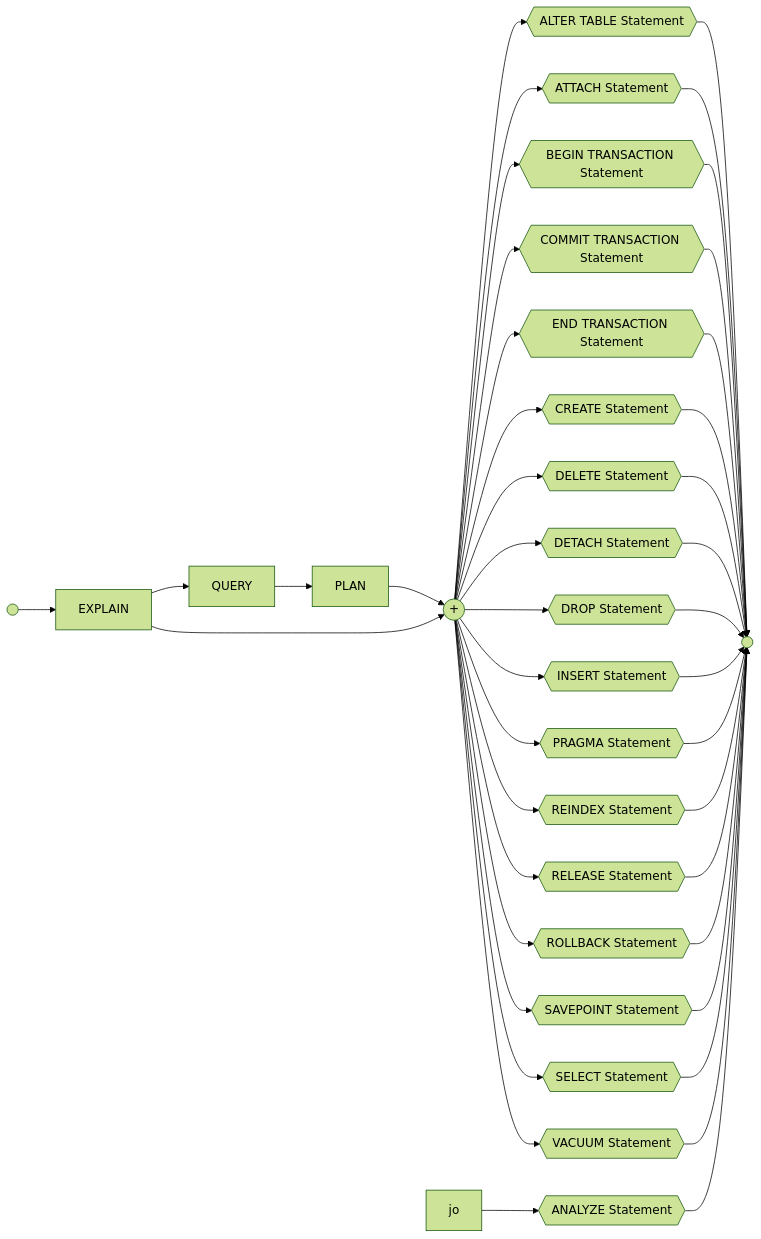
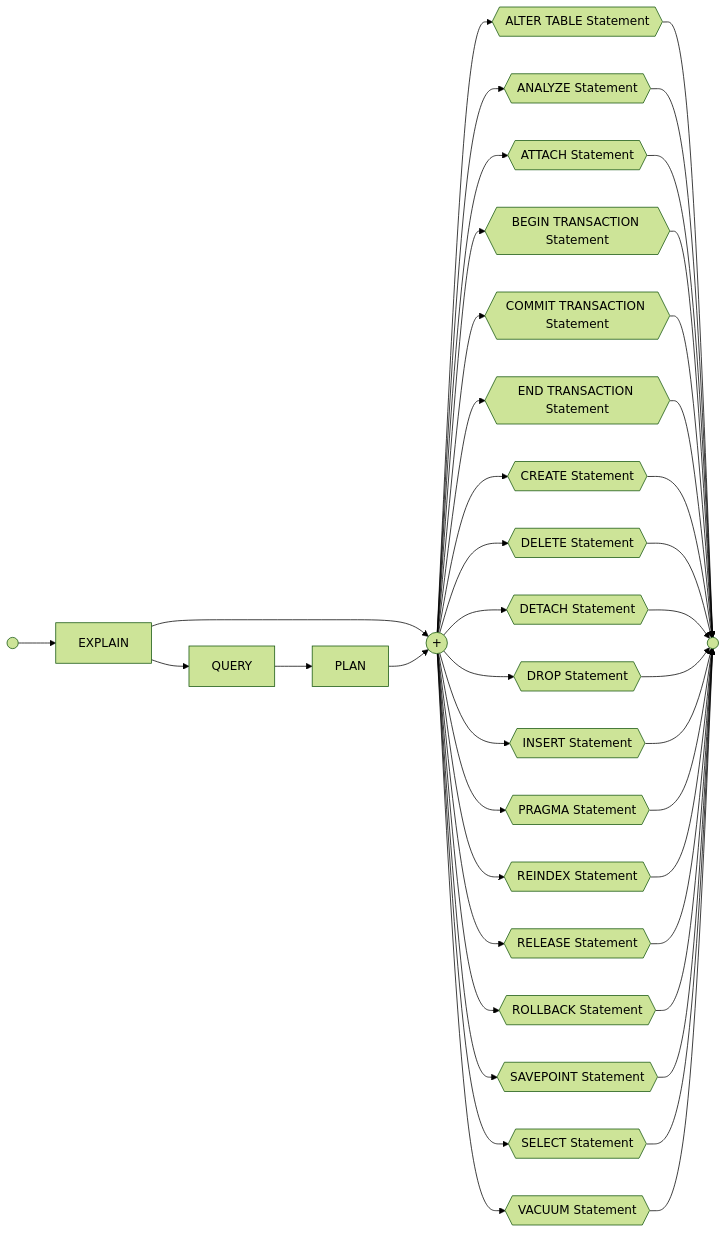
The diagram in design/sql_syntax/Statements/EXPLAIN.md (JEleniel/epiloglite), drawn with Mermaid (forest theme) before and after one commit.

Commit message:
Fix typo in EXPLAIN.md mermaid diagram (#16)
* Initial plan

* Fix typo in EXPLAIN.md: change 'jo' to 'j0'

---------

````diff
--- a/design/sql_syntax/Statements/EXPLAIN.md
+++ b/design/sql_syntax/Statements/EXPLAIN.md
@@ -9,47 +9,47 @@
 ```mermaid
 graph LR
 	st(( ))
 	stop(( ))
 	
 	st --> EXPLAIN
 	EXPLAIN --> QUERY
 	EXPLAIN --> j0((+))
 	QUERY --> PLAN
 	PLAN --> j0
 	j0 --> alter_table_statement{{ALTER TABLE Statement}}
-	jo --> analyze_statement{{ANALYZE Statement}}
+	j0 --> analyze_statement{{ANALYZE Statement}}
 	j0 --> attach_statement{{ATTACH Statement}}
 	j0 --> begin_transaction_statement{{BEGIN TRANSACTION Statement}}
 	j0 --> commit_transaction_statement{{COMMIT TRANSACTION Statement}}
 	j0 --> end_transaction_statement{{END TRANSACTION Statement}}
 	j0 --> create_statement{{CREATE Statement}}
 	j0 --> delete_statement{{DELETE Statement}}
 	j0 --> detach_statement{{DETACH Statement}}
 	j0 --> drop_statement{{DROP Statement}}
 	j0 --> insert_statement{{INSERT Statement}}
 	j0 --> pragma_statement{{PRAGMA Statement}}
 	j0 --> reindex_statement{{REINDEX Statement}}
 	j0 --> release_statement{{RELEASE Statement}}
 	j0 --> rollback_transaction_statement{{ROLLBACK Statement}}
 	j0 --> savepoint_statement{{SAVEPOINT Statement}}
 	j0 --> select_statement{{SELECT Statement}}
 	j0 --> vacuum_statement{{VACUUM Statement}}
 	alter_table_statement --> stop
 	analyze_statement --> stop
 	attach_statement --> stop
 	begin_transaction_statement --> stop
 	commit_transaction_statement --> stop
 	end_transaction_statement --> stop
 	create_statement --> stop
 	delete_statement --> stop
 	detach_statement --> stop
 	drop_statement --> stop
 	insert_statement --> stop
 	pragma_statement --> stop
 	reindex_statement --> stop
 	release_statement --> stop
 	rollback_transaction_statement --> stop
 	savepoint_statement --> stop
 	select_statement --> stop
 	vacuum_statement --> stop
 ```
````
